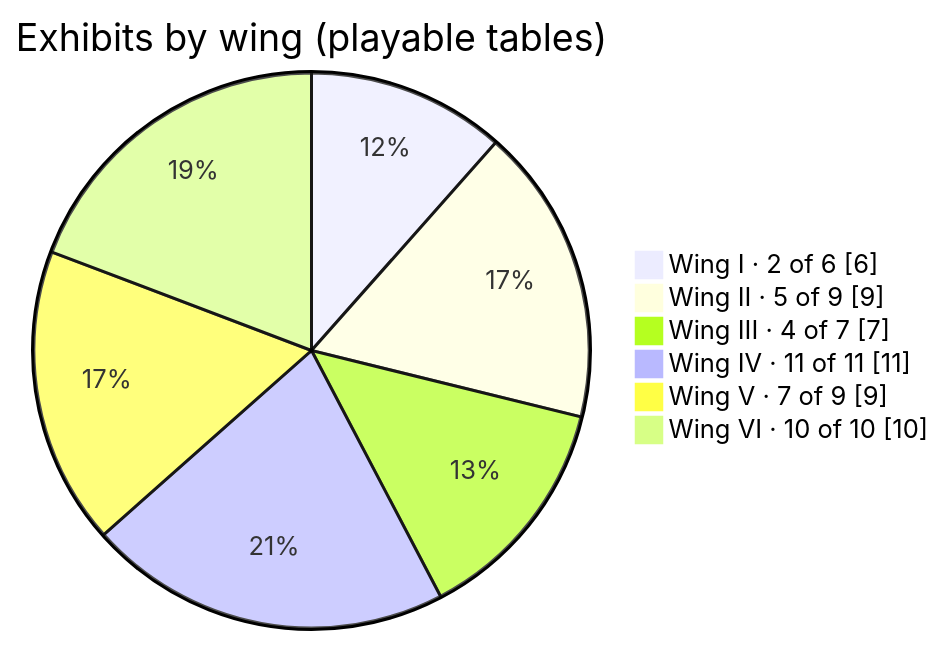
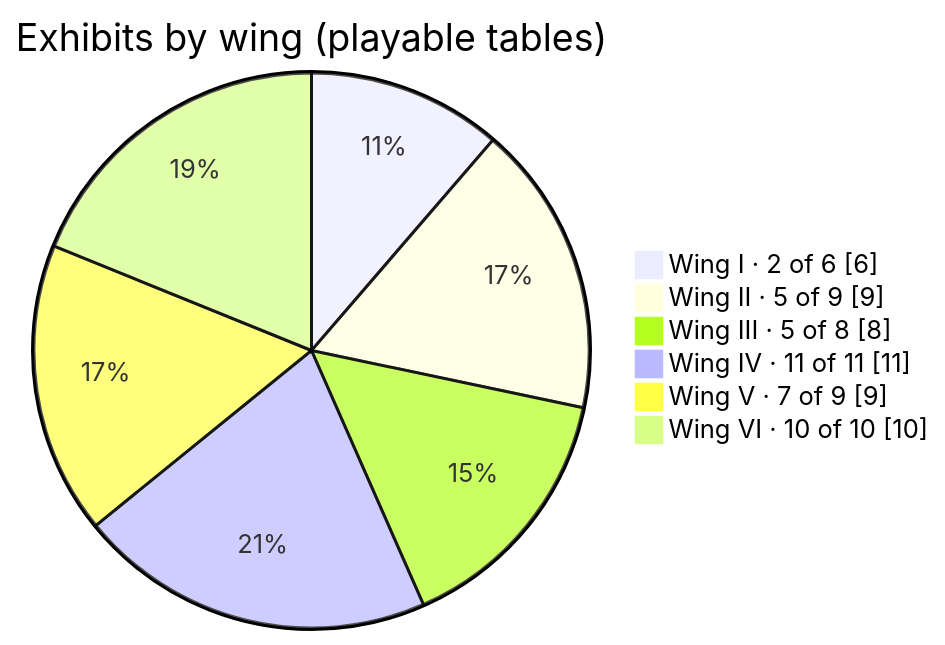
Before and after one commit to CptNope/Librarium-Archives: the first of 8 diagrams in docs/exhibits.md, drawn with Mermaid. The commit also changed other lines of this file and 15 other files, not shown here.

````diff
--- a/docs/exhibits.md
+++ b/docs/exhibits.md
@@ -7,10 +7,10 @@
 ```mermaid
 pie showData
     title Exhibits by wing (playable tables)
     "Wing I · 2 of 6" : 6
     "Wing II · 5 of 9" : 9
-    "Wing III · 4 of 7" : 7
+    "Wing III · 5 of 8" : 8
     "Wing IV · 11 of 11" : 11
     "Wing V · 7 of 9" : 9
     "Wing VI · 10 of 10" : 10
 ```
````
